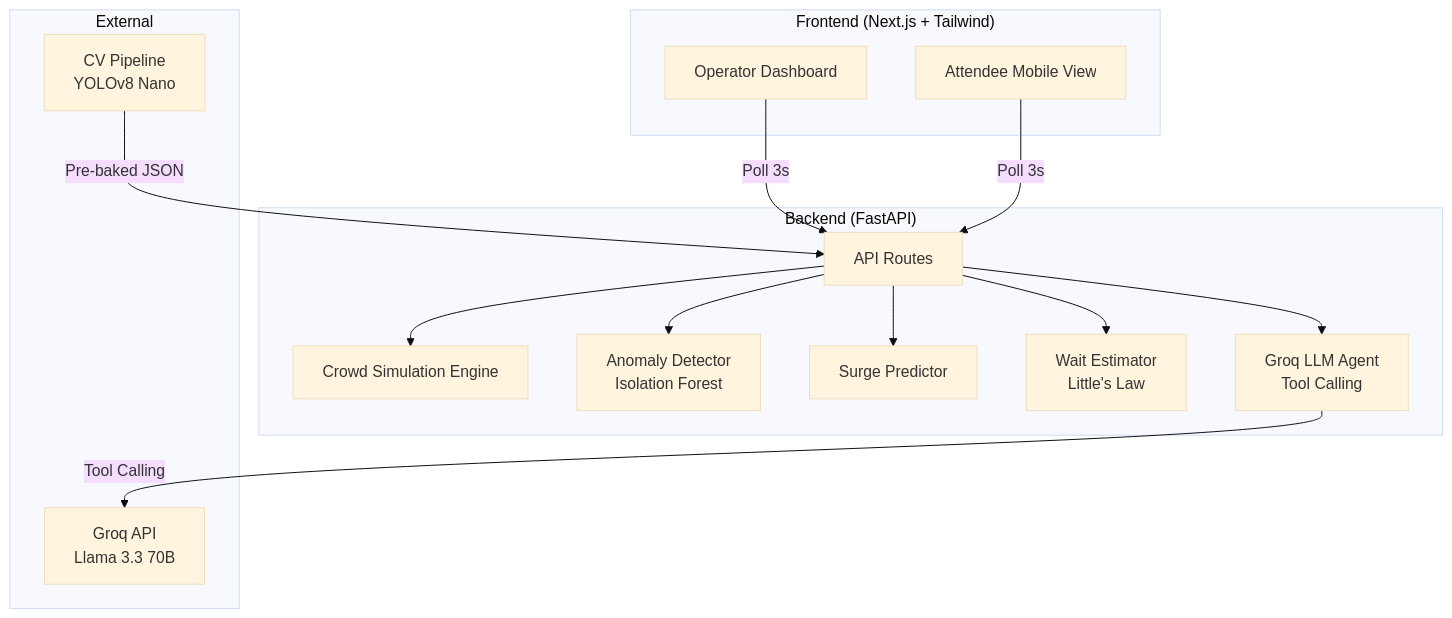
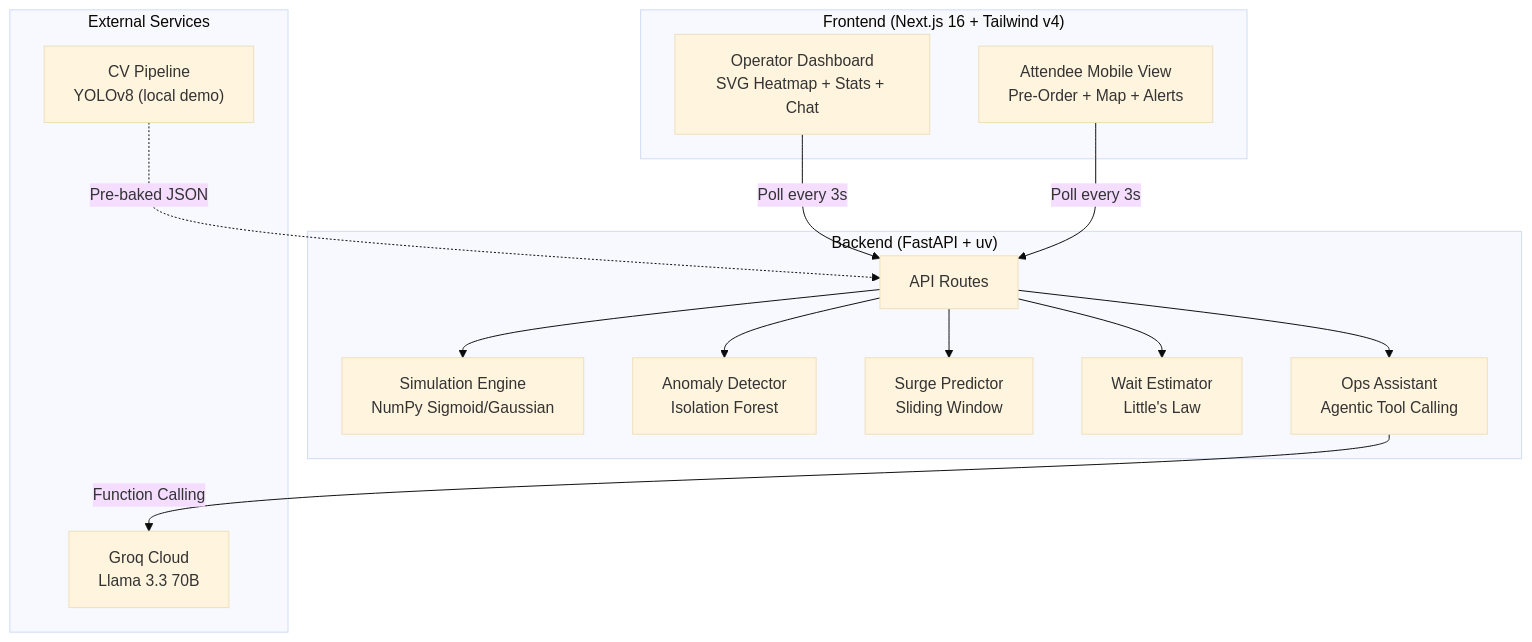
Before and after one commit to Codexhack286/venueflow-skipline: the diagram in README.md, drawn with Mermaid (base theme). The commit also changed other lines of this file and 1 other file, not shown here.

````diff
--- a/README.md
+++ b/README.md
@@ -28,31 +82,31 @@
 ```mermaid
 graph TB
-    subgraph Frontend["Frontend (Next.js + Tailwind)"]
-        Dashboard[Operator Dashboard]
-        Attendee[Attendee Mobile View]
+    subgraph Frontend["Frontend (Next.js 16 + Tailwind v4)"]
+        Dashboard["Operator Dashboard<br/>SVG Heatmap + Stats + Chat"]
+        Attendee["Attendee Mobile View<br/>Pre-Order + Map + Alerts"]
     end
 
-    subgraph Backend["Backend (FastAPI)"]
+    subgraph Backend["Backend (FastAPI + uv)"]
         API[API Routes]
-        SimEngine[Crowd Simulation Engine]
-        Anomaly[Anomaly Detector<br/>Isolation Forest]
-        Surge[Surge Predictor]
-        WaitTime[Wait Estimator<br/>Little's Law]
-        GroqAgent[Groq LLM Agent<br/>Tool Calling]
+        SimEngine["Simulation Engine<br/>NumPy Sigmoid/Gaussian"]
+        Anomaly["Anomaly Detector<br/>Isolation Forest"]
+        Surge["Surge Predictor<br/>Sliding Window"]
+        WaitTime["Wait Estimator<br/>Little's Law"]
+        GroqAgent["Ops Assistant<br/>Agentic Tool Calling"]
     end
 
-    subgraph External["External"]
-        Groq[Groq API<br/>Llama 3.3 70B]
-        CV[CV Pipeline<br/>YOLOv8 Nano]
+    subgraph External["External Services"]
+        Groq["Groq Cloud<br/>Llama 3.3 70B"]
+        CV["CV Pipeline<br/>YOLOv8 (local demo)"]
     end
 
-    Dashboard -->|Poll 3s| API
-    Attendee -->|Poll 3s| API
+    Dashboard -->|"Poll every 3s"| API
+    Attendee -->|"Poll every 3s"| API
     API --> SimEngine
     API --> Anomaly
     API --> Surge
     API --> WaitTime
     API --> GroqAgent
-    GroqAgent -->|Tool Calling| Groq
-    CV -->|Pre-baked JSON| API
+    GroqAgent -->|"Function Calling"| Groq
+    CV -.->|"Pre-baked JSON"| API
 ```
````
